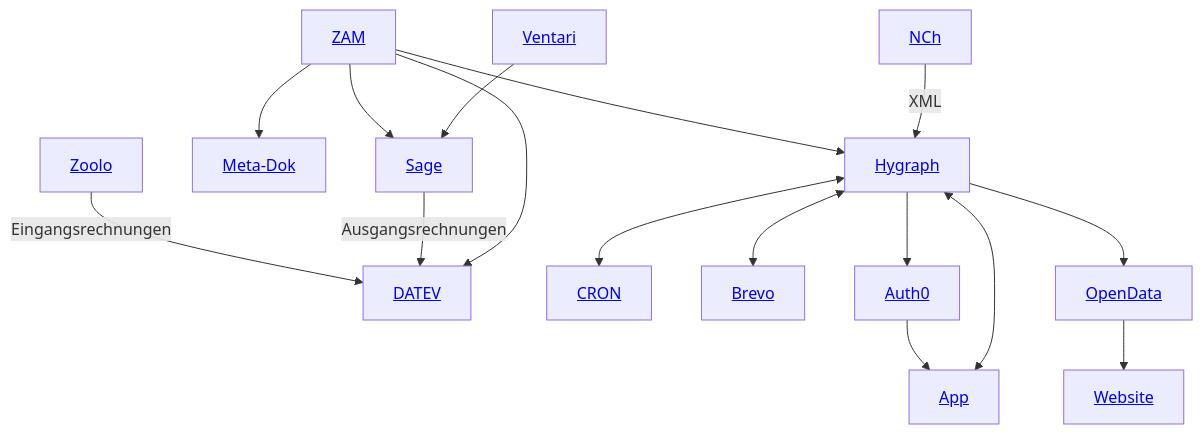
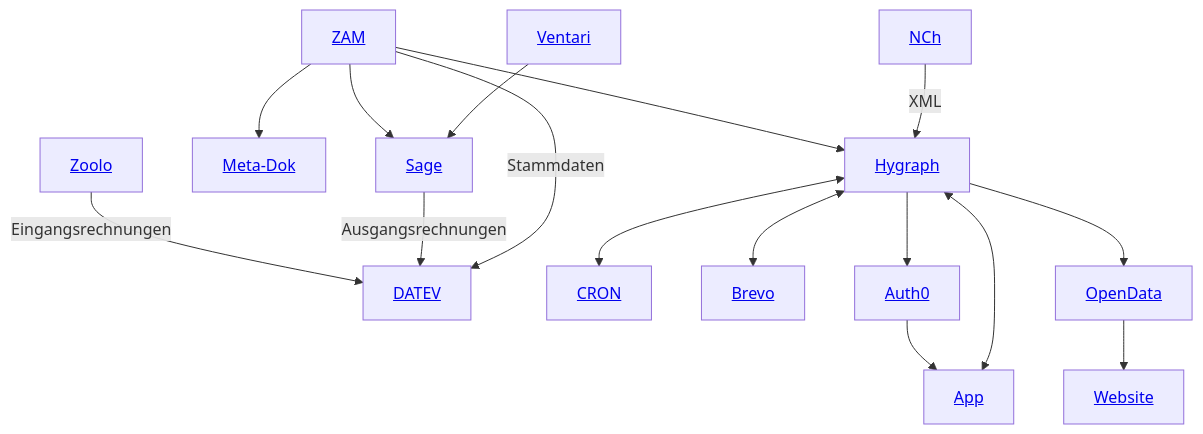
One commit to GDCh-de/docs changed the diagram in infrastructure.md. Above: the diagram before and after it, drawn with Mermaid.

````diff
--- a/infrastructure.md
+++ b/infrastructure.md
@@ -3,15 +3,15 @@
 ```mermaid
 graph TD;
   Zoolo[<a href='/GDCh-de/docs/blob/main/Zoolo.md'>Zoolo</a>] --> |Eingangsrechnungen| DATEV
   ZAM[<a href='/GDCh-de/docs/blob/main/ZAM.md'>ZAM</a>] --> Meta-Dok[<a href='/GDCh-de/docs/blob/main/Meta-Dok.md'>Meta-Dok</a>];
   ZAM --> Sage[<a href='/GDCh-de/docs/blob/main/Sage.md'>Sage</a>] --> |Ausgangsrechnungen| DATEV[<a href='/GDCh-de/docs/blob/main/DATEV.md'>DATEV</a>];
   Ventari[<a href='/GDCh-de/docs/blob/main/Ventari.md'>Ventari</a>] --> Sage;
   Hygraph <--> Cron[<a href='/GDCh-de/docs/blob/main/CRON.md'>CRON</a>];
   Hygraph <--> Brevo[<a href='/GDCh-de/docs/blob/main/Brevo.md'>Brevo</a>];
   Hygraph[<a href='/GDCh-de/docs/blob/main/hygraph.md'>Hygraph</a>] --> Auth0[<a href='/GDCh-de/docs/blob/main/Auth0.md'>Auth0</a>] --> App[<a href='/GDCh-de/docs/blob/main/App.md'>App</a>];
   Hygraph <--> App;
   ZAM --> Hygraph;
-  ZAM --> DATEV[<a href='/GDCh-de/docs/blob/main/DATEV.md'>DATEV</a>];
+  ZAM --> |Stammdaten| DATEV;
   Hygraph --> OpenData[<a href='/GDCh-de/docs/blob/main/OpenData.md'>OpenData</a>] --> Website[<a href='/GDCh-de/docs/blob/main/Website.md'>Website</a>];
   NCh[<a href='/GDCh-de/docs/blob/main/NCh.md'>NCh</a>] --> |XML| Hygraph;
 ```
````
